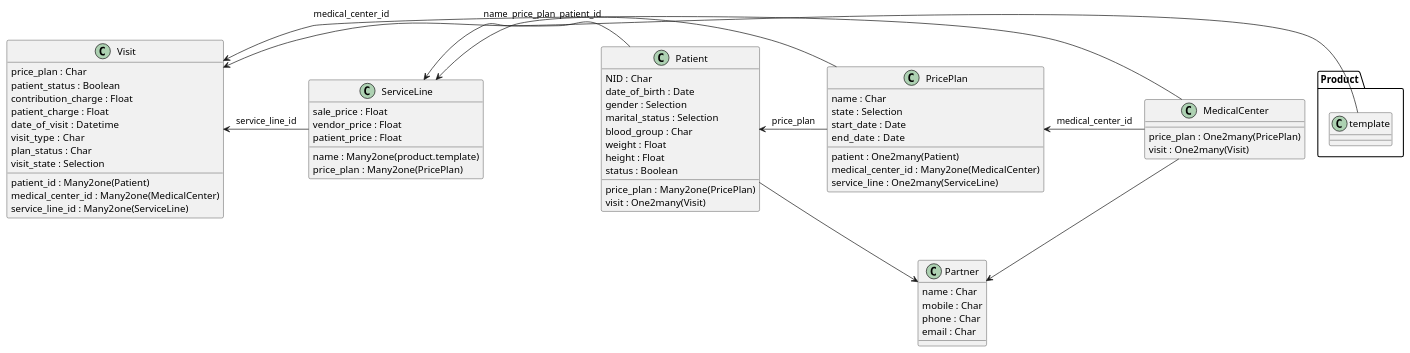
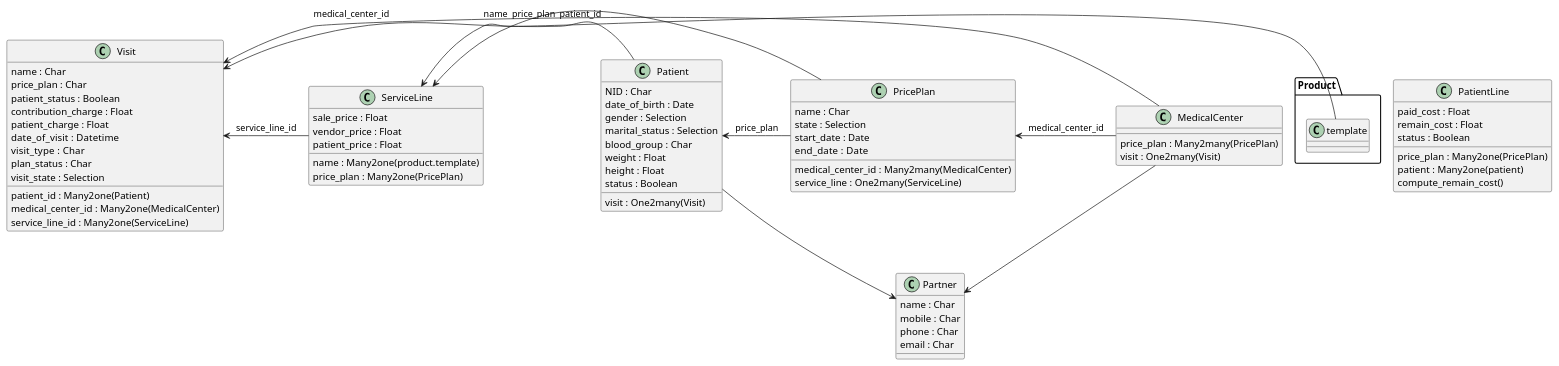
The diagram in medical_insurance/claims.puml (kholioeg/oeh_claim_management), drawn with PlantUML before and after one commit. The commit also changed 10 other files, not shown here.

Commit message:
Modify in relations in uml & show visit in med-center view

```diff
--- a/medical_insurance/claims.puml
+++ b/medical_insurance/claims.puml
@@ -1,78 +1,88 @@
 @startuml
 
 Visit <- Patient : patient_id
 Visit <- MedicalCenter : medical_center_id
 Visit <- ServiceLine : service_line_id
 
 ServiceLine <- PricePlan : price_plan
 ServiceLine <- Product.template : name
 
 
 PricePlan <- MedicalCenter : medical_center_id
 
 Patient <- PricePlan : price_plan
 
 MedicalCenter --> Partner
 Patient --> Partner
 
 Class Partner{
     name : Char
     mobile : Char
     phone : Char
     email : Char
 }
 
 Class MedicalCenter{
-    price_plan : One2many(PricePlan)
+    price_plan : Many2many(PricePlan)
     visit : One2many(Visit)
 }
+
 Class ServiceLine
 {
     name : Many2one(product.template)
     sale_price : Float
     vendor_price : Float
     patient_price : Float
     price_plan : Many2one(PricePlan)
 }
 
 
 Class Visit{
 
+    name : Char
     price_plan : Char
     patient_status : Boolean
     contribution_charge : Float
     patient_charge : Float
     date_of_visit :  Datetime
     visit_type :  Char
     plan_status : Char
     visit_state : Selection
     patient_id : Many2one(Patient)
     medical_center_id : Many2one(MedicalCenter)
     service_line_id : Many2one(ServiceLine)
 }
 Class PricePlan{
     name : Char
     state : Selection
     start_date : Date
     end_date :  Date
-    patient : One2many(Patient)
-    medical_center_id : Many2one(MedicalCenter)
+    medical_center_id : Many2many(MedicalCenter)
     service_line : One2many(ServiceLine)
 }
 
 Class Patient{
     NID : Char
     date_of_birth : Date
     gender : Selection
     marital_status : Selection
     blood_group : Char
     weight : Float
     height : Float
     status : Boolean
+    visit : One2many(Visit)
+
+}
+
+Class PatientLine{
     price_plan : Many2one(PricePlan)
-    visit : One2many(Visit)
+    patient : Many2one(patient)
+    paid_cost : Float
+    remain_cost : Float
+    compute_remain_cost()
+    status : Boolean
 }
 
 
 
 @enduml
```
